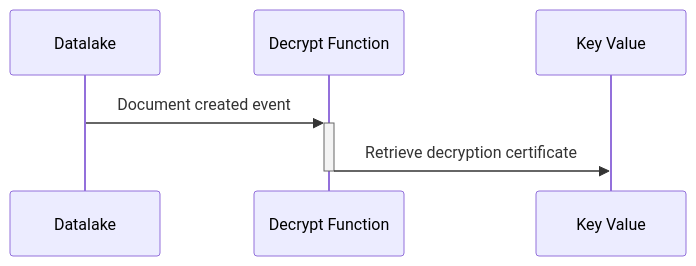
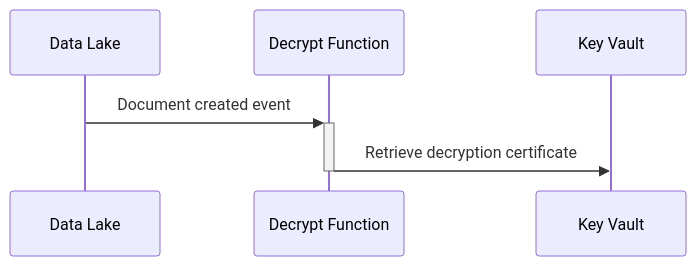
Before and after one commit to dcunliffe/LHDSNotes: the diagram in docs/_posts/2023-03-20-testing-drawio.markdown, drawn with Mermaid. The commit also changed 1 other file, not shown here.

Commit message:
Updating BasePath

```diff
--- a/docs/_posts/2023-03-20-testing-drawio.markdown
+++ b/docs/_posts/2023-03-20-testing-drawio.markdown
@@ -17,5 +17,5 @@
 <div class="mermaid">
 sequenceDiagram
-    Datalake->>+Decrypt Function: Document created event
-    Decrypt Function->>-Key Value: Retrieve decryption certificate
+    Data Lake->>+Decrypt Function: Document created event
+    Decrypt Function->>-Key Vault: Retrieve decryption certificate
 </div>
```
